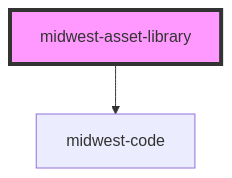
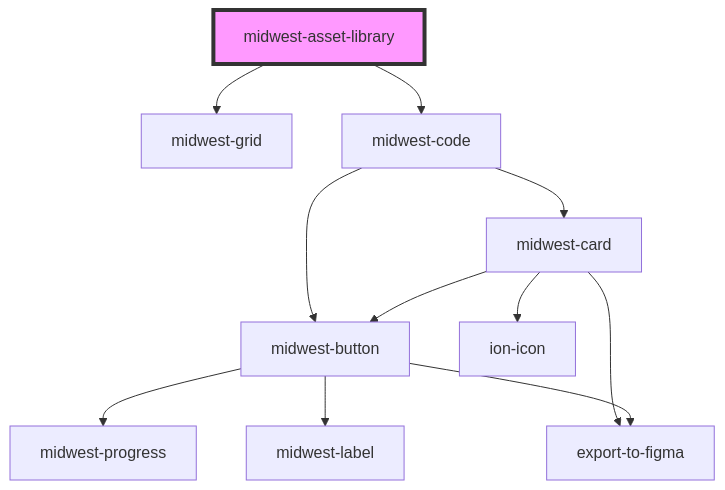
One commit to splitinfinities/Midwest changed the diagram in packages/helpers/docs/components/asset-library/readme.md. Above: the diagram before and after it, drawn with Mermaid. The commit also changed other lines of this file and 14 other files, not shown here.

````diff
--- a/packages/helpers/docs/components/asset-library/readme.md
+++ b/packages/helpers/docs/components/asset-library/readme.md
@@ -15,5 +16,14 @@
 ```mermaid
 graph TD;
+  midwest-asset-library --> midwest-grid
   midwest-asset-library --> midwest-code
+  midwest-code --> midwest-card
+  midwest-code --> midwest-button
+  midwest-card --> midwest-button
+  midwest-card --> ion-icon
+  midwest-card --> export-to-figma
+  midwest-button --> midwest-progress
+  midwest-button --> midwest-label
+  midwest-button --> export-to-figma
   style midwest-asset-library fill:#f9f,stroke:#333,stroke-width:4px
 ```
````
